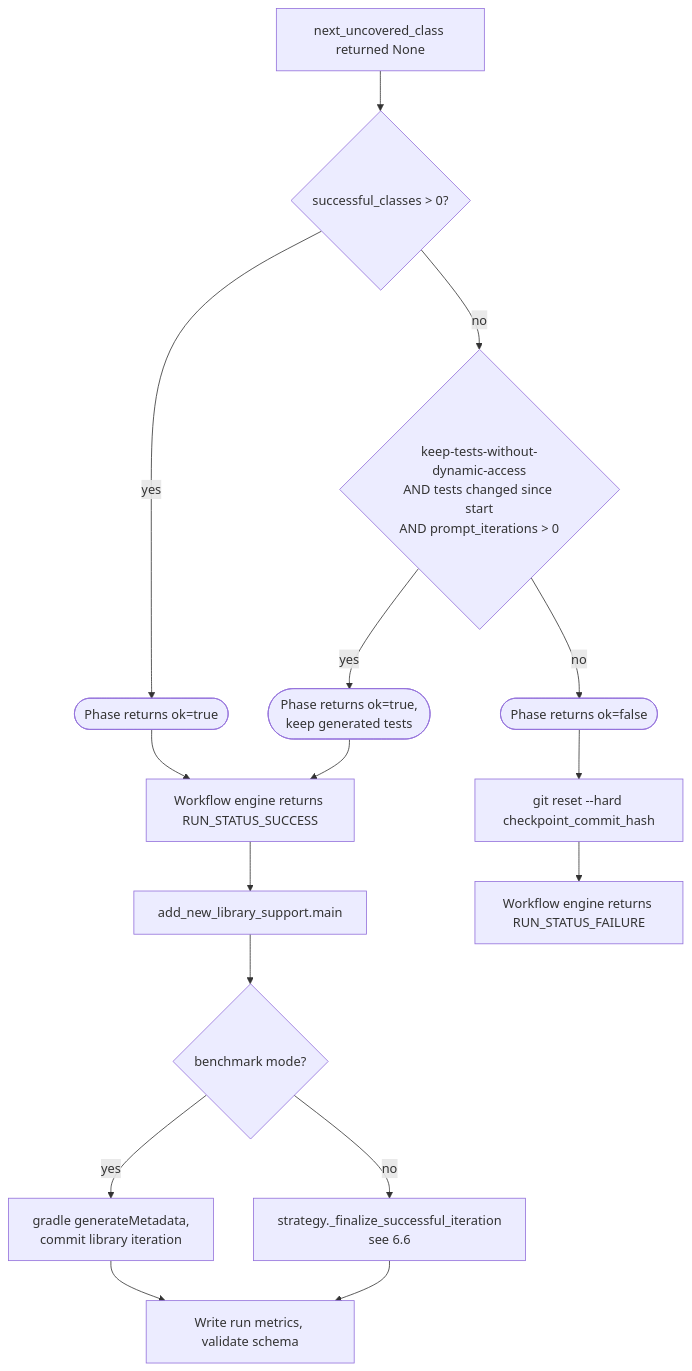
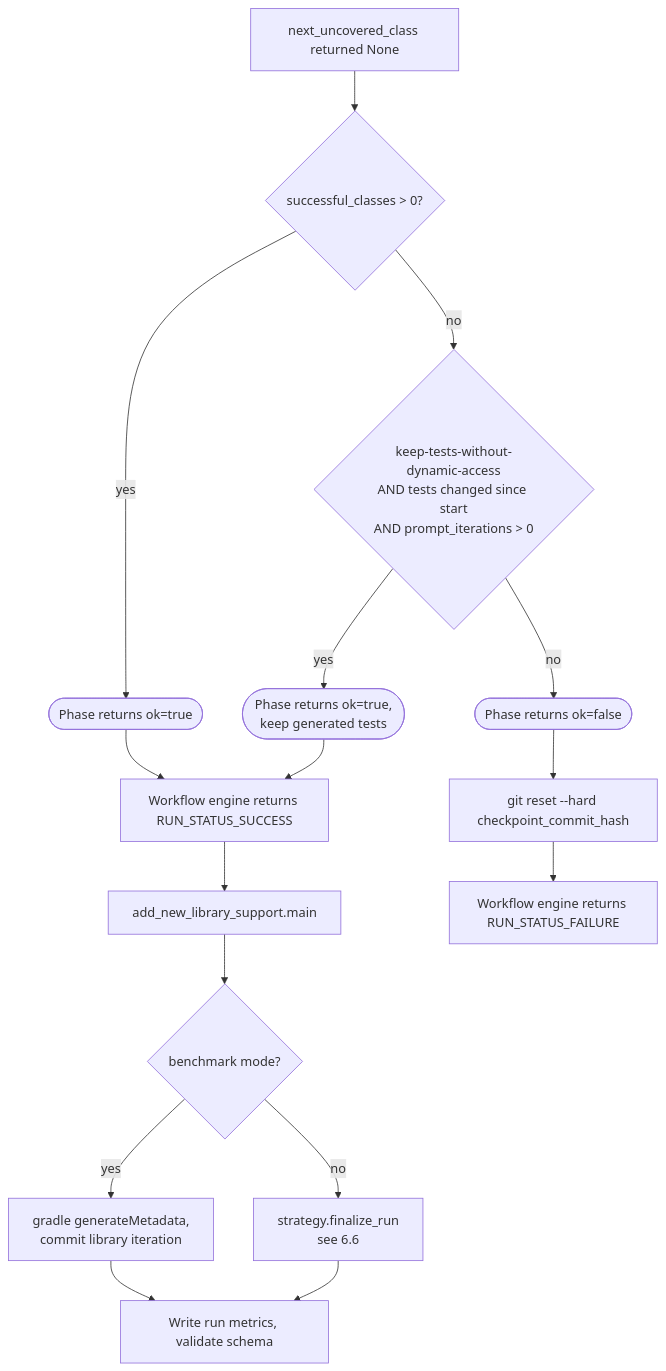
One commit to oracle/graalvm-reachability-metadata changed the fourth of 5 diagrams in forge/docs/workflows/dynamic-access.md. Above: the diagram before and after it, drawn with Mermaid. The commit also changed other lines of this file and 4 other files, not shown here.

Commit message:
Add a public WorkflowStrategy.finalize_run that owns the finalization status merge so drivers stop hand-rolling it.

````diff
--- a/forge/docs/workflows/dynamic-access.md
+++ b/forge/docs/workflows/dynamic-access.md
@@ -455,20 +455,20 @@
 ```mermaid
 flowchart TD
     NoMore[next_uncovered_class returned None] --> Improved{successful_classes > 0?}
     Improved -- yes --> PhaseOK([Phase returns ok=true])
     Improved -- no --> Keep{keep-tests-without-dynamic-access<br/>AND tests changed since start<br/>AND prompt_iterations > 0}
     Keep -- yes --> KeepOK([Phase returns ok=true,<br/>keep generated tests])
     Keep -- no --> PhaseFail([Phase returns ok=false])
 
     PhaseOK --> Final[Workflow engine returns RUN_STATUS_SUCCESS]
     KeepOK --> Final
     PhaseFail --> Reset[git reset --hard checkpoint_commit_hash]
     Reset --> FinalFail[Workflow engine returns RUN_STATUS_FAILURE]
 
     Final --> EntryFinalize[add_new_library_support.main]
     EntryFinalize --> Mode{benchmark mode?}
     Mode -- yes --> GenMeta[gradle generateMetadata,<br/>commit library iteration]
-    Mode -- no --> StdFinalize[strategy._finalize_successful_iteration<br/>see 6.6]
+    Mode -- no --> StdFinalize[strategy.finalize_run<br/>see 6.6]
     GenMeta --> Metrics[Write run metrics, validate schema]
     StdFinalize --> Metrics
 ```
````
